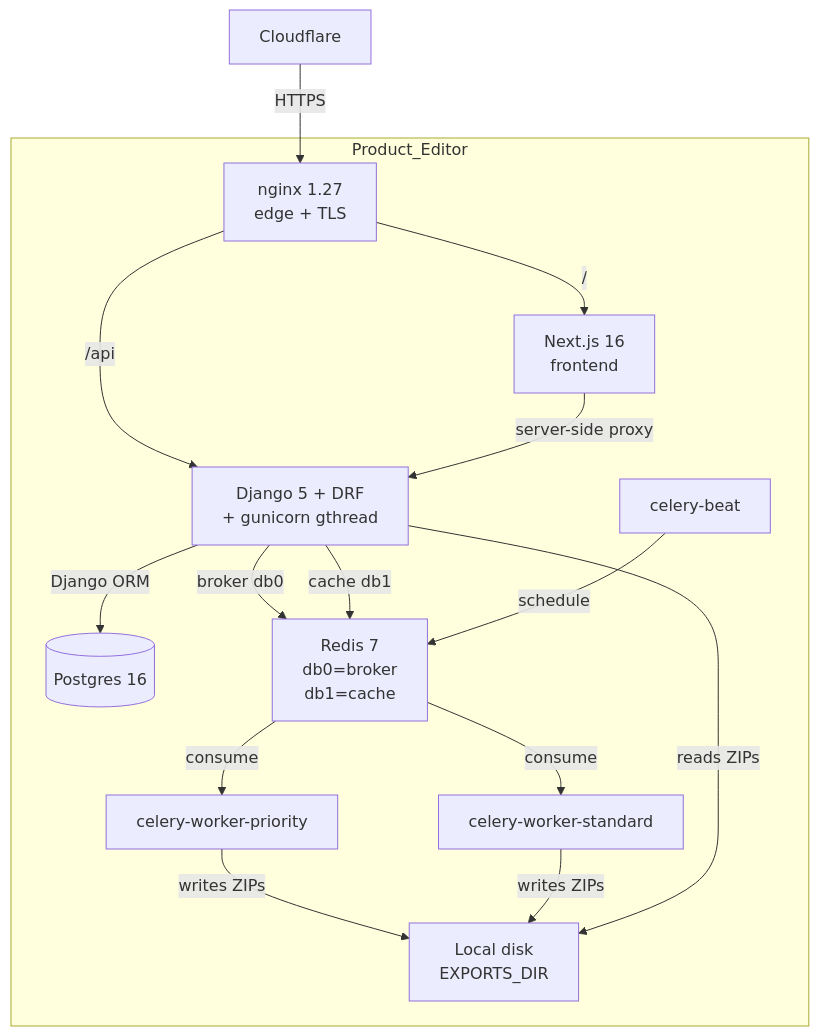
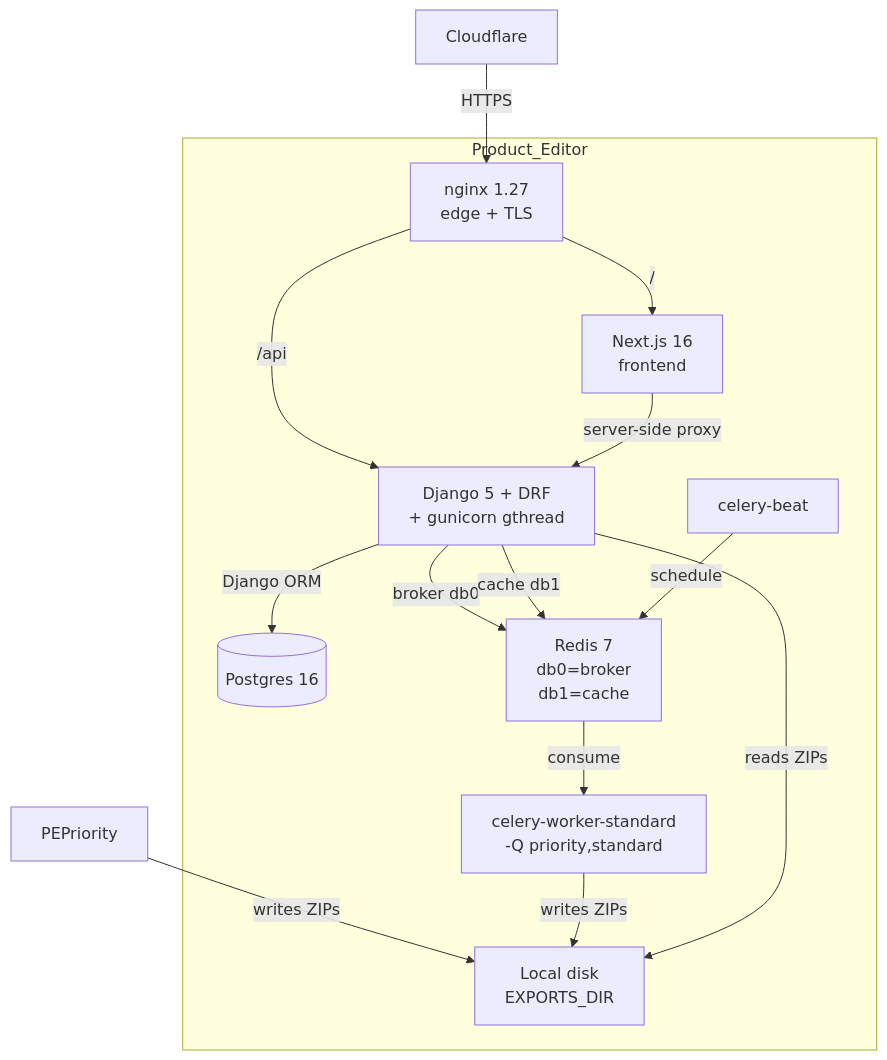
Before and after one commit to printo/product-editor: the fourth of 11 diagrams in docs/printo-architecture-audit/04-diagrams-current.md, drawn with Mermaid. The commit also changed 6 other files, not shown here.

````diff
--- a/docs/printo-architecture-audit/04-diagrams-current.md
+++ b/docs/printo-architecture-audit/04-diagrams-current.md
@@ -110,28 +110,26 @@
 ```mermaid
 graph TB
   subgraph Product_Editor
     nginx[nginx 1.27<br/>edge + TLS]
     PEFE[Next.js 16<br/>frontend]
     PEBE[Django 5 + DRF<br/>+ gunicorn gthread]
     PEDB[(Postgres 16)]
     PERedis[Redis 7<br/>db0=broker<br/>db1=cache]
-    PEPriority[celery-worker-priority]
-    PEStandard[celery-worker-standard]
+    PEStandard[celery-worker-standard<br/>-Q priority,standard]
     PEBeat[celery-beat]
     PEDisk[Local disk<br/>EXPORTS_DIR]
   end
 
   CF[Cloudflare] -->|HTTPS| nginx
   nginx -->|/| PEFE
   nginx -->|/api| PEBE
   PEFE -->|server-side proxy| PEBE
   PEBE -->|Django ORM| PEDB
   PEBE -->|broker db0| PERedis
   PEBE -->|cache db1| PERedis
-  PERedis -->|consume| PEPriority
   PERedis -->|consume| PEStandard
   PEBeat -->|schedule| PERedis
   PEPriority -->|writes ZIPs| PEDisk
   PEStandard -->|writes ZIPs| PEDisk
   PEBE -->|reads ZIPs| PEDisk
 ```
````
